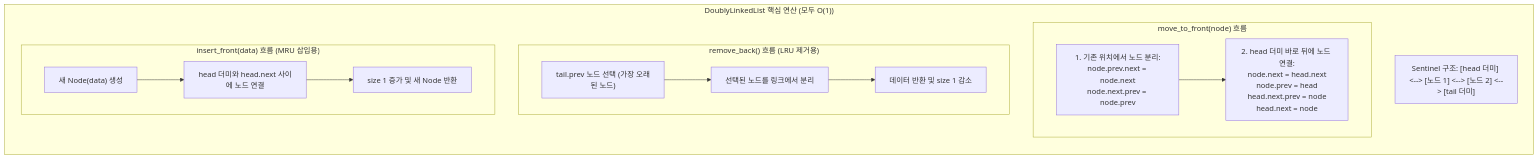
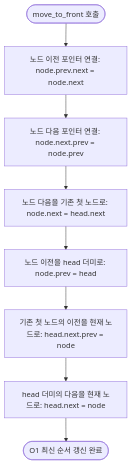
One commit to nttkor/b5_1 changed the fifth of 13 diagrams in study/README.md. Above: the diagram before and after it, drawn with Mermaid. The commit also changed other lines of this file, not shown here.

Commit message:
fix: resolve Mermaid edge label parse error and separate remaining bundled diagrams

````diff
--- a/study/README.md
+++ b/study/README.md
@@ -366,27 +368,10 @@
 ```mermaid
 flowchart TD
-    subgraph DLL_Ops ["DoublyLinkedList 핵심 연산 (모두 O(1))"]
-        direction TB
-        Structure["Sentinel 구조: [head 더미] <--> [노드 1] <--> [노드 2] <--> [tail 더미]"]
-        
-        subgraph MoveFront ["move_to_front(node) 흐름"]
-            MF_1["1. 기존 위치에서 노드 분리:\nnode.prev.next = node.next\nnode.next.prev = node.prev"]
-            MF_2["2. head 더미 바로 뒤에 노드 연결:\nnode.next = head.next\nnode.prev = head\nhead.next.prev = node\nhead.next = node"]
-            MF_1 --> MF_2
-        end
-        
-        subgraph RemoveBack ["remove_back() 흐름 (LRU 제거용)"]
-            RB_1["tail.prev 노드 선택 (가장 오래된 노드)"]
-            RB_2["선택된 노드를 링크에서 분리"]
-            RB_3["데이터 반환 및 size 1 감소"]
-            RB_1 --> RB_2 --> RB_3
-        end
-        
-        subgraph InsertFront ["insert_front(data) 흐름 (MRU 삽입용)"]
-            IF_1["새 Node(data) 생성"]
-            IF_2["head 더미와 head.next 사이에 노드 연결"]
-            IF_3["size 1 증가 및 새 Node 반환"]
-            IF_1 --> IF_2 --> IF_3
-        end
-    end
+    Start(["move_to_front 호출"]) --> Detach1["노드 이전 포인터 연결: node.prev.next = node.next"]
+    Detach1 --> Detach2["노드 다음 포인터 연결: node.next.prev = node.prev"]
+    Detach2 --> Insert1["노드 다음을 기존 첫 노드로: node.next = head.next"]
+    Insert1 --> Insert2["노드 이전을 head 더미로: node.prev = head"]
+    Insert2 --> Link1["기존 첫 노드의 이전을 현재 노드로: head.next.prev = node"]
+    Link1 --> Link2["head 더미의 다음을 현재 노드로: head.next = node"]
+    Link2 --> End(["O1 최신 순서 갱신 완료"])
 ```
````
